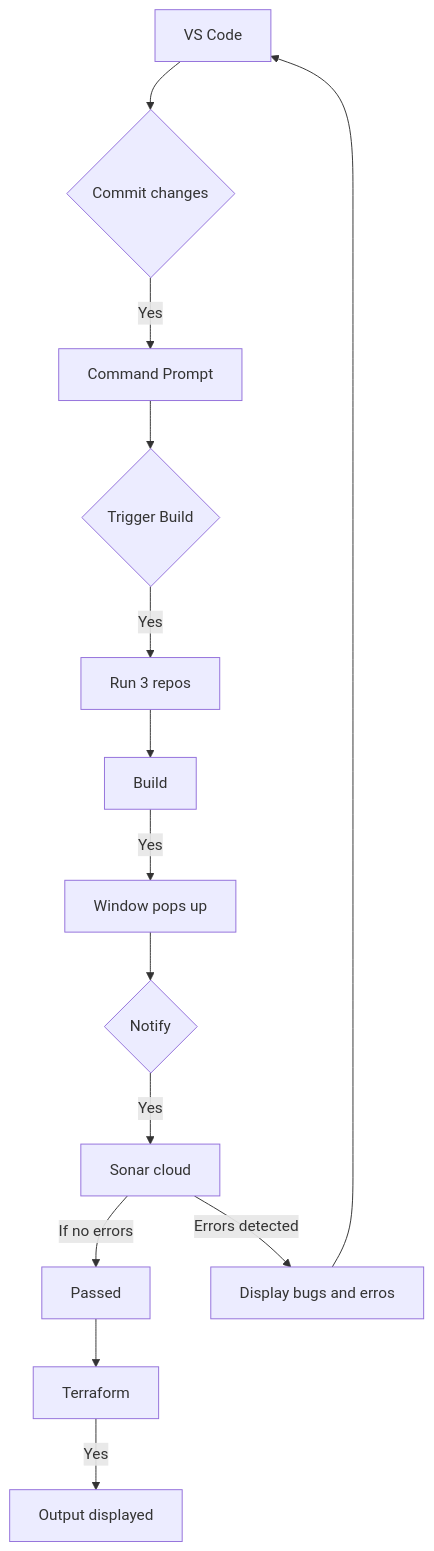
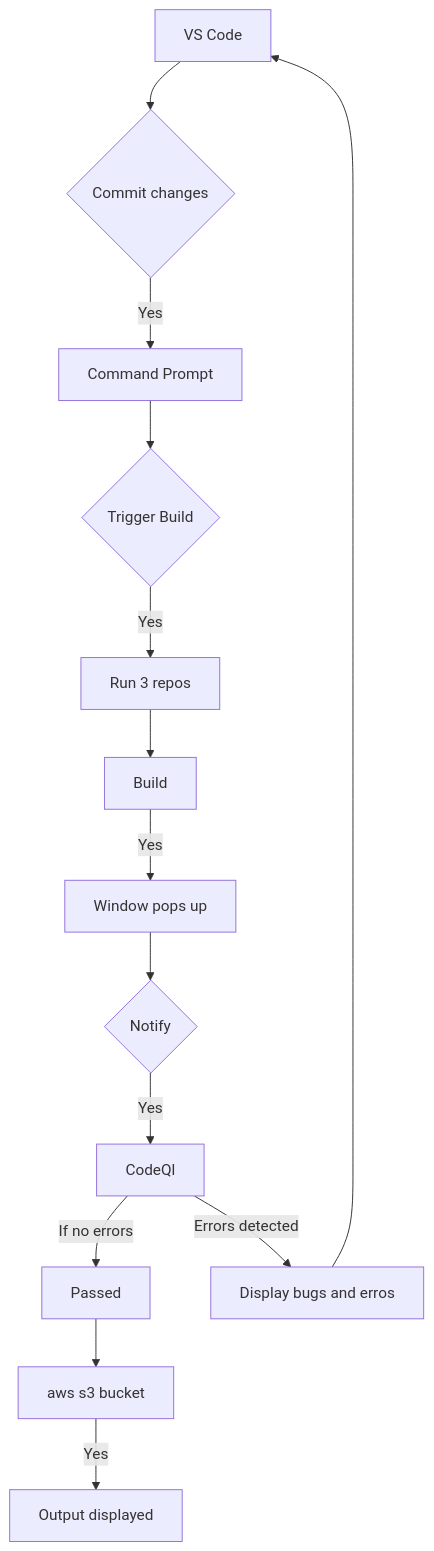
The diagram in README.md (PD-NET/Devnew), drawn with Mermaid before and after one commit. The commit also changed other lines of this file, not shown here.

Commit message:
README.md

````diff
--- a/README.md
+++ b/README.md
@@ -28,16 +24,16 @@
  ```mermaid
   graph TD;
       A[VS Code]-->B{Commit changes};
       B-->|Yes| C[Command Prompt];
      C-->D{Trigger Build};
      D-->|Yes| E[Run 3 repos];
     E--> F[Build];
   F-->|Yes| G[Window pops up];
 G--> H{Notify};
-  H-->|Yes| I[Sonar cloud];
+  H-->|Yes| I[CodeQl];
 I-->|If no errors| J[Passed];
 I-->|Errors detected| K[Display bugs and erros];
-J-->L[Terraform];
+J-->L[aws s3 bucket];
 L-->|Yes| M[Output displayed];
 K--> A;
 ```
````
